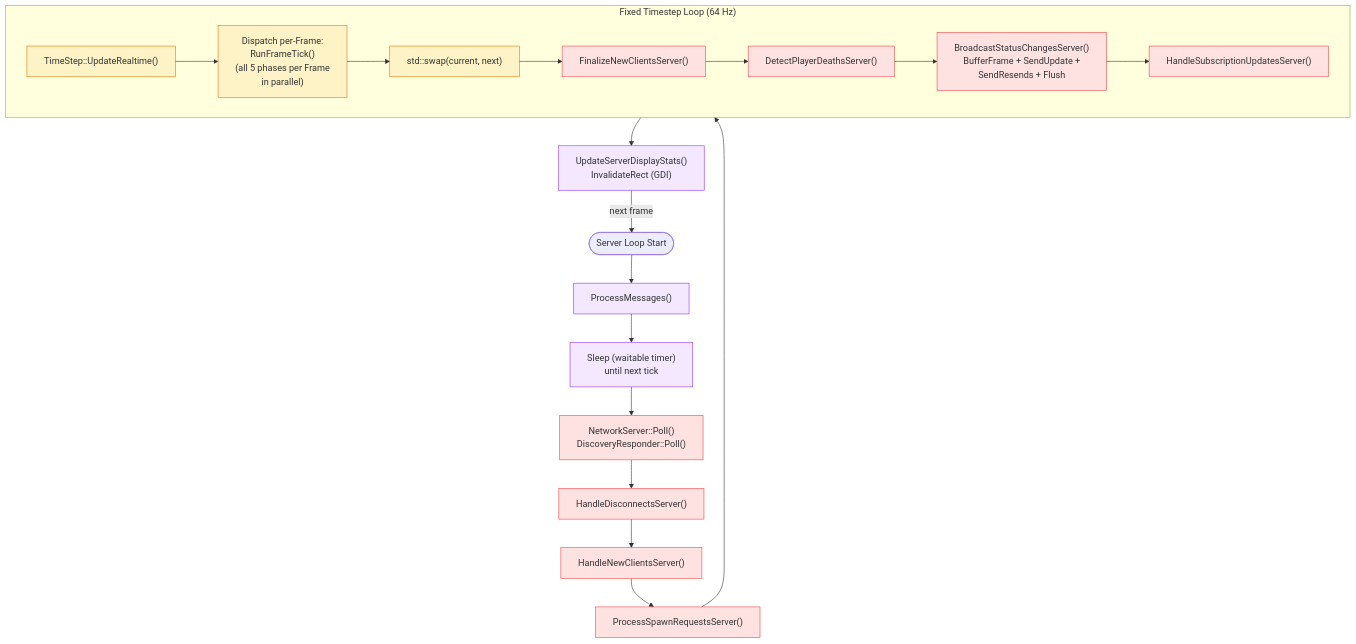
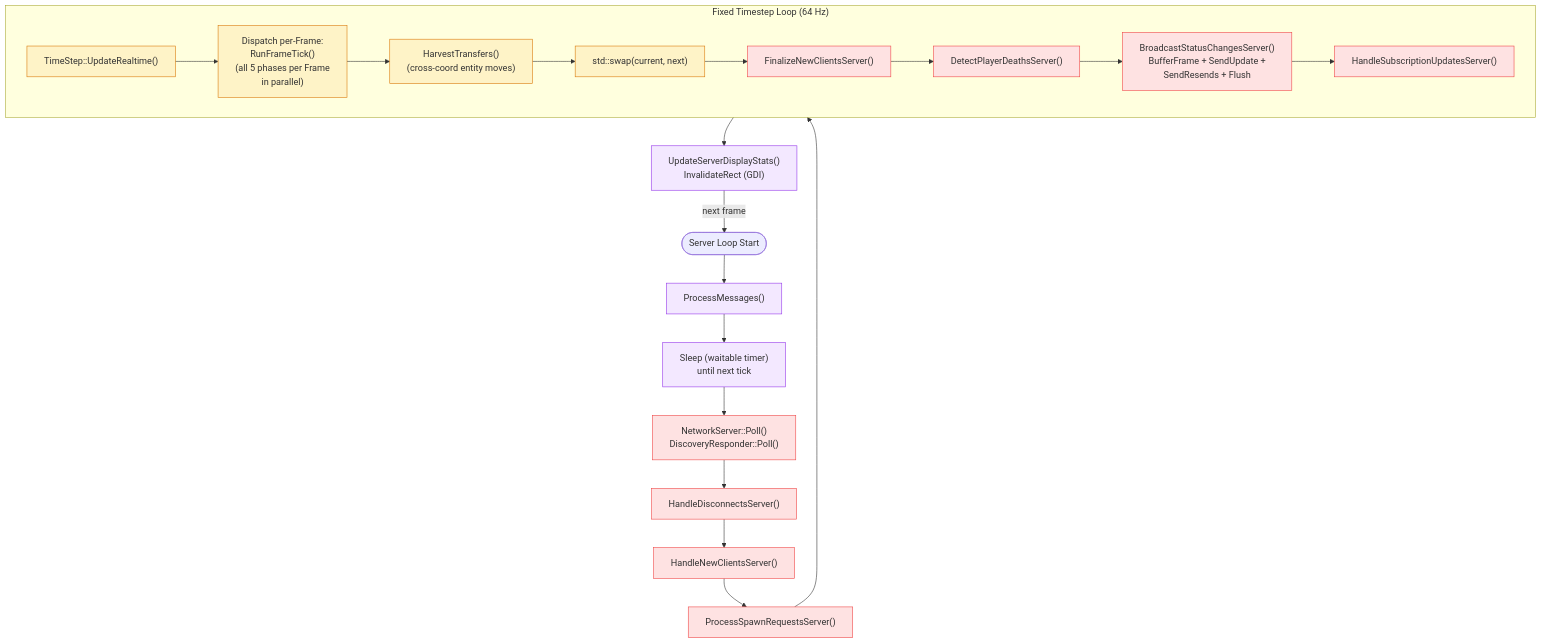
One commit to DougTanner/BrokenEnginePublic changed the third of 5 diagrams in Documents/Architecture/FrameUpdatePipeline.md. Above: the diagram before and after it, drawn with Mermaid. The commit also changed 7 other files, not shown here.

````diff
--- a/Documents/Architecture/FrameUpdatePipeline.md
+++ b/Documents/Architecture/FrameUpdatePipeline.md
@@ -98,34 +98,35 @@
 ```mermaid
 %%{init: {'theme': 'default'}}%%
 flowchart TD
     classDef physics fill:#fef3c7,stroke:#d97706
     classDef network fill:#fee2e2,stroke:#ef4444
     classDef server fill:#f3e8ff,stroke:#9333ea
 
     start(["Server Loop Start"])
 
     msgs["ProcessMessages()"]:::server
     sleep["Sleep (waitable timer)<br/>until next tick"]:::server
 
     net_recv["NetworkServer::Poll()<br/>DiscoveryResponder::Poll()"]:::network
     disconnects["HandleDisconnectsServer()"]:::network
     new_clients["HandleNewClientsServer()"]:::network
     spawns["ProcessSpawnRequestsServer()"]:::network
 
     subgraph physics_loop ["Fixed Timestep Loop (64 Hz)"]
         ts["TimeStep::UpdateRealtime()"]:::physics
         dispatch_s["Dispatch per-Frame:<br/>RunFrameTick()<br/>(all 5 phases per Frame<br/>in parallel)"]:::physics
         frame_swap["std::swap(current, next)"]:::physics
         finalize["FinalizeNewClientsServer()"]:::network
         deaths["DetectPlayerDeathsServer()"]:::network
         broadcast["BroadcastStatusChangesServer()<br/>BufferFrame + SendUpdate +<br/>SendResends + Flush"]:::network
         subscriptions["HandleSubscriptionUpdatesServer()"]:::network
-        ts --> dispatch_s --> frame_swap
+        harvest["HarvestTransfers()<br/>(cross-coord entity moves)"]:::physics
+        ts --> dispatch_s --> harvest --> frame_swap
         frame_swap --> finalize --> deaths --> broadcast --> subscriptions
     end
 
     display["UpdateServerDisplayStats()<br/>InvalidateRect (GDI)"]:::server
 
     start --> msgs --> sleep --> net_recv --> disconnects --> new_clients --> spawns --> physics_loop --> display
     display -->|next frame| start
 ```
````
